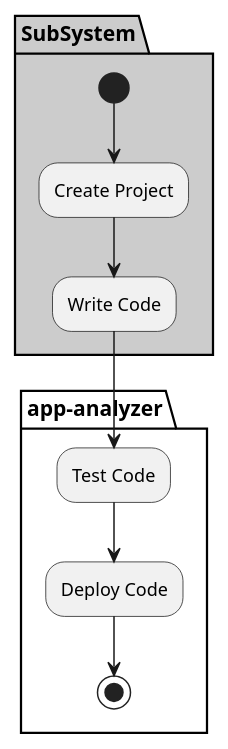
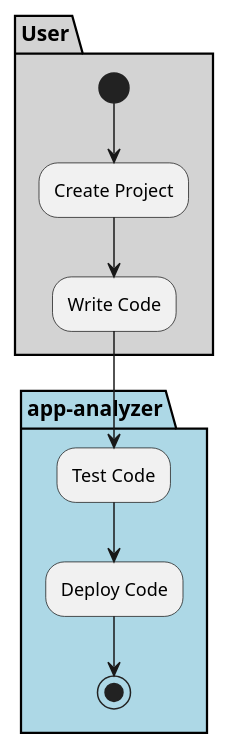
One commit to CAADE/C3 changed the diagram in docs/Solution/Services/app-analyzer/Process.puml. Above: the diagram before and after it, drawn with PlantUML. The commit also changed 397 other files, not shown here.

```diff
--- a/docs/Solution/Services/app-analyzer/Process.puml
+++ b/docs/Solution/Services/app-analyzer/Process.puml
@@ -1,18 +1,14 @@
 @startuml
 
-partition "app-analyzer" {
-
-}
-
-partition SubSystem  #cccccc {
+partition User  #lightgray {
   (*) --> "Create Project"
   --> "Write Code"
 }
 
-partition "app-analyzer" {
+partition "app-analyzer" #lightblue {
   "Write Code" --> "Test Code"
   "Test Code" --> "Deploy Code"
   "Deploy Code" --> (*)
 }
 
 @enduml
```
